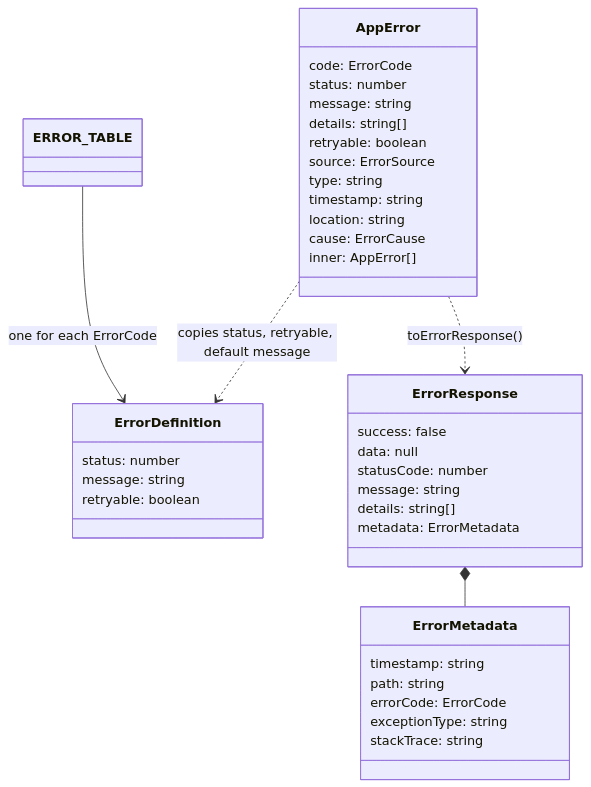
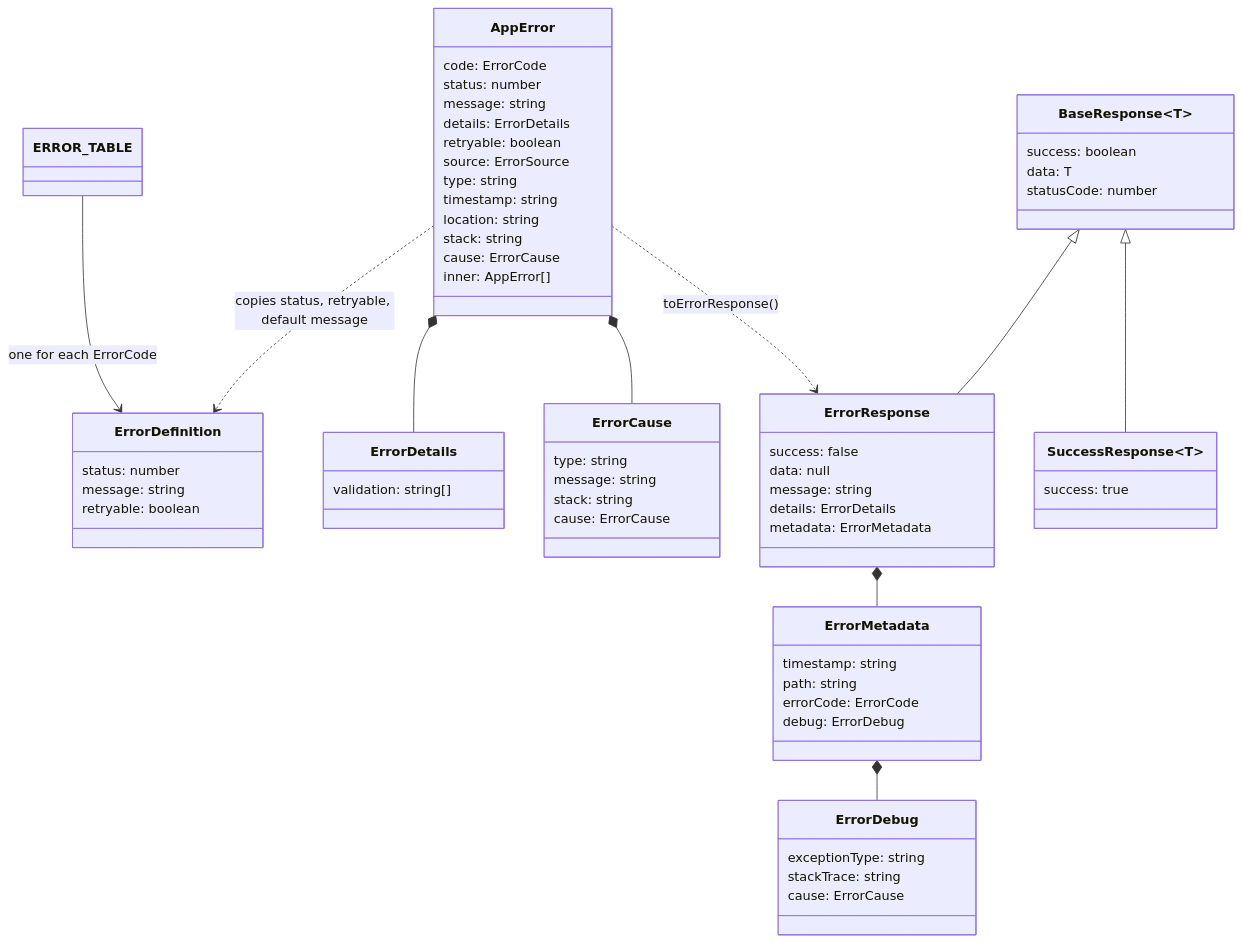
Before and after one commit to CyberBrainiac/job-search-automation-tool: the second of 7 diagrams in docs/error-handling-improvements.md, drawn with Mermaid. The commit also changed other lines of this file and 1 other file, not shown here.

First line of the commit message:
docs(root): fix the gaps of the error handling design and answer Q1-Q9

````diff
--- a/docs/error-handling-improvements.md
+++ b/docs/error-handling-improvements.md
@@ -71,40 +76,66 @@
 ```mermaid
 classDiagram
   class ErrorDefinition {
     status: number
     message: string
     retryable: boolean
   }
   class AppError {
     code: ErrorCode
     status: number
     message: string
-    details: string[]
+    details: ErrorDetails
     retryable: boolean
     source: ErrorSource
     type: string
     timestamp: string
     location: string
+    stack: string
     cause: ErrorCause
     inner: AppError[]
+  }
+  class ErrorDetails {
+    validation: string[]
+  }
+  class ErrorCause {
+    type: string
+    message: string
+    stack: string
+    cause: ErrorCause
+  }
+  class BaseResponse~T~ {
+    success: boolean
+    data: T
+    statusCode: number
+  }
+  class SuccessResponse~T~ {
+    success: true
   }
   class ErrorResponse {
     success: false
     data: null
-    statusCode: number
     message: string
-    details: string[]
+    details: ErrorDetails
     metadata: ErrorMetadata
   }
   class ErrorMetadata {
     timestamp: string
     path: string
     errorCode: ErrorCode
+    debug: ErrorDebug
+  }
+  class ErrorDebug {
     exceptionType: string
     stackTrace: string
+    cause: ErrorCause
   }
+  BaseResponse <|-- ErrorResponse
+  BaseResponse <|-- SuccessResponse
   ERROR_TABLE --> ErrorDefinition : one for each ErrorCode
   AppError ..> ErrorDefinition : copies status, retryable, default message
+  AppError *-- ErrorDetails
+  AppError *-- ErrorCause
   AppError ..> ErrorResponse : toErrorResponse()
   ErrorResponse *-- ErrorMetadata
+  ErrorMetadata *-- ErrorDebug
 ```
````
